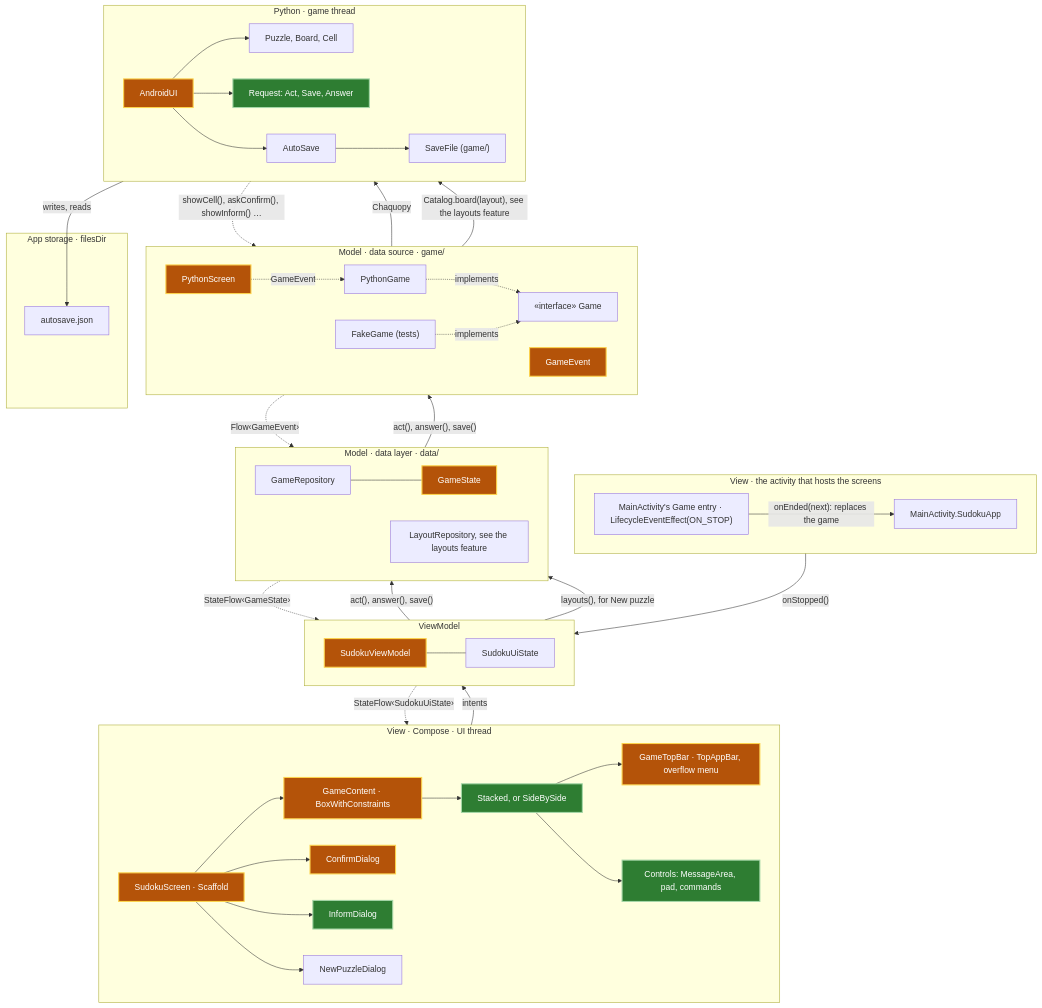
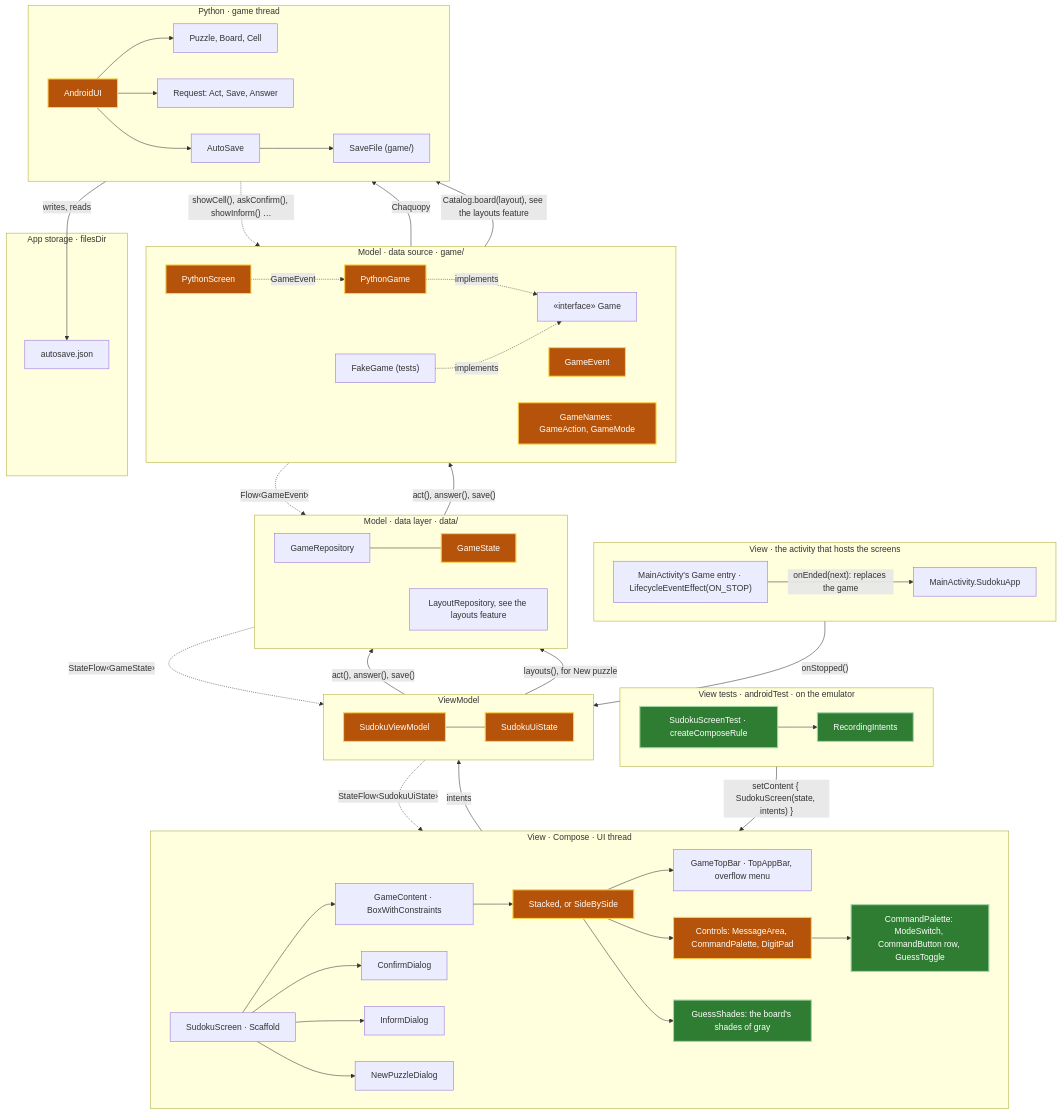
Before and after one commit to aivanov61/sudoku-solver: the fifth of 14 diagrams in android/docs/architecture.md, drawn with Mermaid. The commit also changed other lines of this file and 27 other files, not shown here.

````diff
--- a/android/docs/architecture.md
+++ b/android/docs/architecture.md
@@ -253,70 +246,79 @@
 ```mermaid
 flowchart TB
     subgraph Host["View · the activity that hosts the screens"]
         direction LR
         SudokuApp["MainActivity.SudokuApp"]
         GameEntry["MainActivity's Game entry · LifecycleEventEffect(ON_STOP)"]
     end
 
     subgraph View["View · Compose · UI thread"]
         direction LR
         SudokuScreen["SudokuScreen · Scaffold"] --> GameContent["GameContent · BoxWithConstraints"]
         GameContent --> Board["Stacked, or SideBySide"]
         Board --> GameTopBar["GameTopBar · TopAppBar, overflow menu"]
-        Board --> Controls["Controls: MessageArea, pad, commands"]
+        Board --> Controls["Controls: MessageArea, CommandPalette, DigitPad"]
+        Controls --> CommandPalette["CommandPalette: ModeSwitch, CommandButton row, GuessToggle"]
+        Board --> GuessShades["GuessShades: the board's shades of gray"]
         SudokuScreen --> ConfirmDialog["ConfirmDialog"]
         SudokuScreen --> InformDialog["InformDialog"]
         SudokuScreen --> NewPuzzleDialog
+    end
+
+    subgraph ViewTests["View tests · androidTest · on the emulator"]
+        direction LR
+        SudokuScreenTest["SudokuScreenTest · createComposeRule"] --> RecordingIntents["RecordingIntents"]
     end
 
     subgraph VM["ViewModel"]
         direction LR
         SudokuViewModel --- SudokuUiState
     end
 
     subgraph DataLayer["Model · data layer · data/"]
         direction LR
         GameRepository["GameRepository"] --- GameState
         LayoutRepository["LayoutRepository, see the layouts feature"]
     end
 
     subgraph DataSource["Model · data source · game/"]
         direction LR
         PythonGame["PythonGame"] -. implements .-> Game["«interface» Game"]
         GameEvent
         FakeGame["FakeGame (tests)"] -. implements .-> Game
         PythonScreen
+        GameNames["GameNames: GameAction, GameMode"]
     end
 
     subgraph Python["Python · game thread"]
         direction LR
         AndroidUI["AndroidUI"] --> Puzzle["Puzzle, Board, Cell"]
         AndroidUI --> Requests["Request: Act, Save, Answer"]
         AndroidUI --> AutoSave["AutoSave"]
         AutoSave --> SaveFile["SaveFile (game/)"]
     end
 
     subgraph Storage["App storage · filesDir"]
         AutoSaveFile["autosave.json"]
     end
 
     GameEntry -- "onStopped()" --> SudokuViewModel
     GameEntry -- "onEnded(next): replaces the game" --> SudokuApp
+    SudokuScreenTest -- "setContent { SudokuScreen(state, intents) }" --> SudokuScreen
     SudokuScreen -- "intents" --> SudokuViewModel
     SudokuViewModel -. "StateFlow‹SudokuUiState›" .-> SudokuScreen
     SudokuViewModel -- "act(), answer(), save()" --> GameRepository
     SudokuViewModel -- "layouts(), for New puzzle" --> LayoutRepository
     GameRepository -. "StateFlow‹GameState›" .-> SudokuViewModel
     GameRepository -- "act(), answer(), save()" --> Game
     Game -. "Flow‹GameEvent›" .-> GameRepository
     PythonGame -- "Chaquopy" --> AndroidUI
     AndroidUI -. "showCell(), askConfirm(), showInform() …" .-> PythonScreen
     PythonScreen -. "GameEvent" .-> PythonGame
     PythonGame -- "Catalog.board(layout), see the layouts feature" --> AndroidUI
     SaveFile -- "writes, reads" --> AutoSaveFile
 
     classDef new fill:#2e7d32,stroke:#a5d6a7,stroke-width:2px,color:#ffffff
     classDef changed fill:#b45309,stroke:#fcd34d,stroke-width:2px,color:#ffffff
-    class InformDialog,Board,Controls,Requests new
-    class SudokuScreen,GameContent,GameTopBar,ConfirmDialog,SudokuViewModel,GameState,GameEvent,PythonScreen,AndroidUI changed
+    class CommandPalette,GuessShades,SudokuScreenTest,RecordingIntents new
+    class Board,Controls,SudokuViewModel,SudokuUiState,GameState,GameEvent,PythonScreen,GameNames,PythonGame,AndroidUI changed
 ```
````
